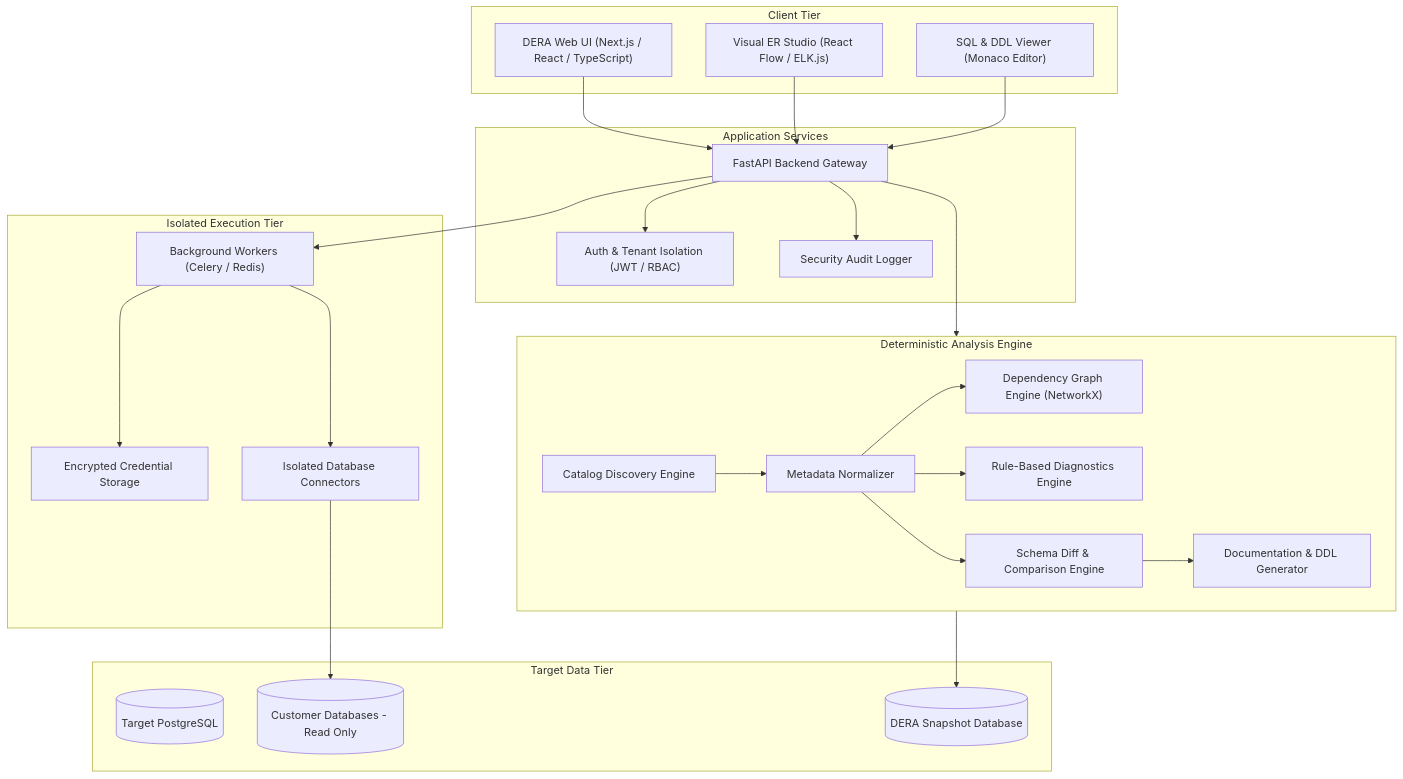
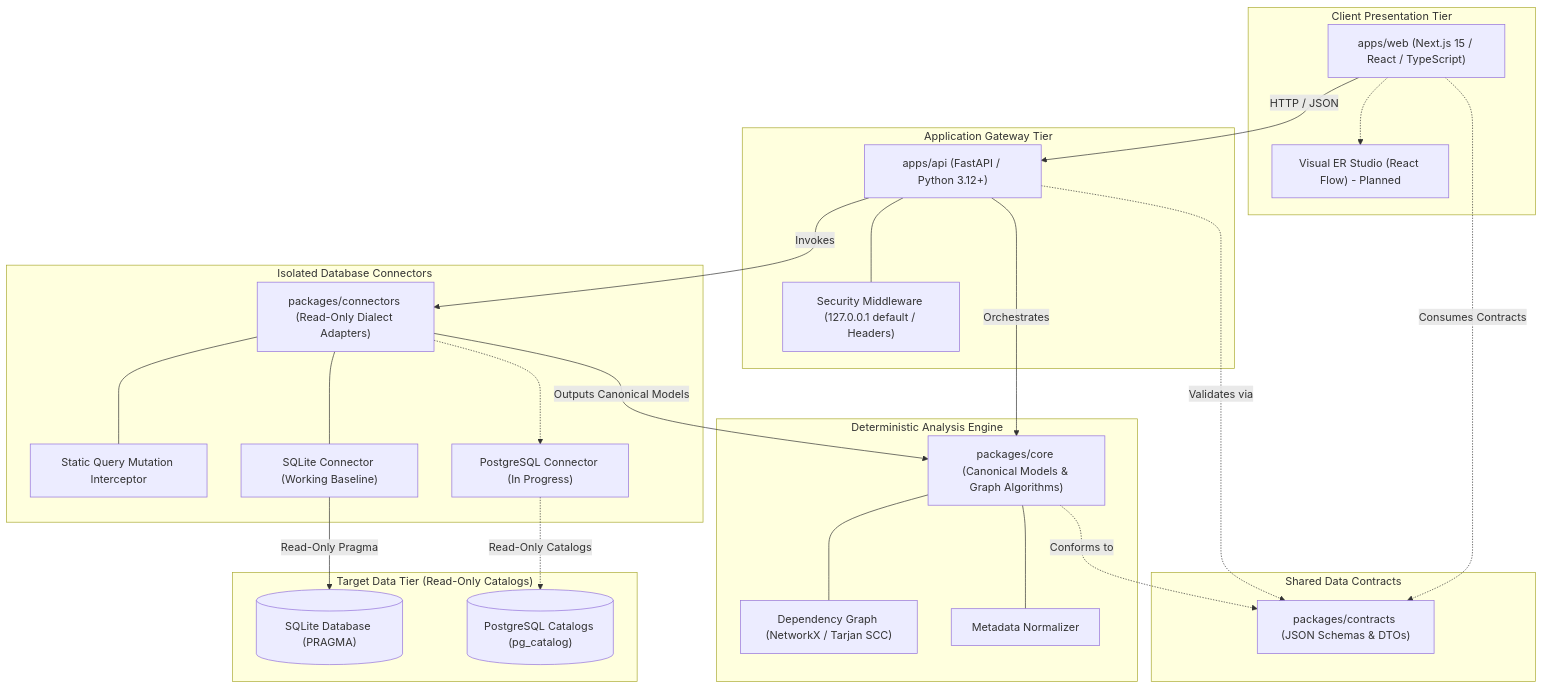
Before and after one commit to krishanth7/dera: the diagram in docs/i18n/README.en.md, drawn with Mermaid. The commit also changed other lines of this file and 1 other file, not shown here.

````diff
--- a/docs/i18n/README.en.md
+++ b/docs/i18n/README.en.md
@@ -200,52 +148,51 @@
 ```mermaid
 flowchart TD
-    subgraph Client["Client Tier"]
-        UI["DERA Web UI (Next.js / React / TypeScript)"]
-        ERD["Visual ER Studio (React Flow / ELK.js)"]
-        Monaco["SQL & DDL Viewer (Monaco Editor)"]
+    subgraph Client_Tier["Client Presentation Tier"]
+        WEB["apps/web (Next.js 15 / React / TypeScript)"]
+        STUDIO["Visual ER Studio (React Flow) - Planned"]
+        WEB -.-> STUDIO
     end
 
-    subgraph Gateway["Application Services"]
-        API["FastAPI Backend Gateway"]
-        Auth["Auth & Tenant Isolation (JWT / RBAC)"]
-        Audit["Security Audit Logger"]
+    subgraph API_Tier["Application Gateway Tier"]
+        API["apps/api (FastAPI / Python 3.12+)"]
+        MW["Security Middleware (127.0.0.1 default / Headers)"]
+        API --- MW
     end
 
-    subgraph Core["Deterministic Analysis Engine"]
-        Discovery["Catalog Discovery Engine"]
-        Normalizer["Metadata Normalizer"]
-        GraphEngine["Dependency Graph Engine (NetworkX)"]
-        DiagEngine["Rule-Based Diagnostics Engine"]
-        DiffEngine["Schema Diff & Comparison Engine"]
-        ExportEngine["Documentation & DDL Generator"]
+    subgraph Contracts_Tier["Shared Data Contracts"]
+        CONTRACTS["packages/contracts (JSON Schemas & DTOs)"]
     end
 
-    subgraph Worker["Isolated Execution Tier"]
-        Celery["Background Workers (Celery / Redis)"]
-        Vault["Encrypted Credential Storage"]
-        Connectors["Isolated Database Connectors"]
+    subgraph Core_Tier["Deterministic Analysis Engine"]
+        CORE["packages/core (Canonical Models & Graph Algorithms)"]
+        DAG["Dependency Graph (NetworkX / Tarjan SCC)"]
+        NORM["Metadata Normalizer"]
+        CORE --- DAG
+        CORE --- NORM
     end
 
-    subgraph Databases["Target Data Tier"]
-        PG[(Target PostgreSQL)]
-        CustomerDB[(Customer Databases - Read Only)]
-        Storage[(DERA Snapshot Database)]
+    subgraph Connectors_Tier["Isolated Database Connectors"]
+        CONN["packages/connectors (Read-Only Dialect Adapters)"]
+        GUARD["Static Query Mutation Interceptor"]
+        SQLITE["SQLite Connector (Working Baseline)"]
+        PG["PostgreSQL Connector (In Progress)"]
+        CONN --- GUARD
+        CONN --- SQLITE
+        CONN -.-> PG
     end
 
-    UI --> API
-    ERD --> API
-    Monaco --> API
-    API --> Auth
-    API --> Audit
-    API --> Core
-    API --> Celery
-    Celery --> Vault
-    Celery --> Connectors
-    Connectors --> CustomerDB
-    Core --> Storage
-    Discovery --> Normalizer
-    Normalizer --> GraphEngine
-    Normalizer --> DiagEngine
-    Normalizer --> DiffEngine
-    DiffEngine --> ExportEngine
+    subgraph Target_DBs["Target Data Tier (Read-Only Catalogs)"]
+        TARGET_SQLITE[("SQLite Database (PRAGMA)")]
+        TARGET_PG[("PostgreSQL Catalogs (pg_catalog)")]
+    end
+
+    WEB -->|HTTP / JSON| API
+    WEB -.->|Consumes Contracts| CONTRACTS
+    API -->|Orchestrates| CORE
+    API -->|Invokes| CONN
+    API -.->|Validates via| CONTRACTS
+    CORE -.->|Conforms to| CONTRACTS
+    CONN -->|Outputs Canonical Models| CORE
+    SQLITE -->|Read-Only Pragma| TARGET_SQLITE
+    PG -.->|Read-Only Catalogs| TARGET_PG
 ```
````
